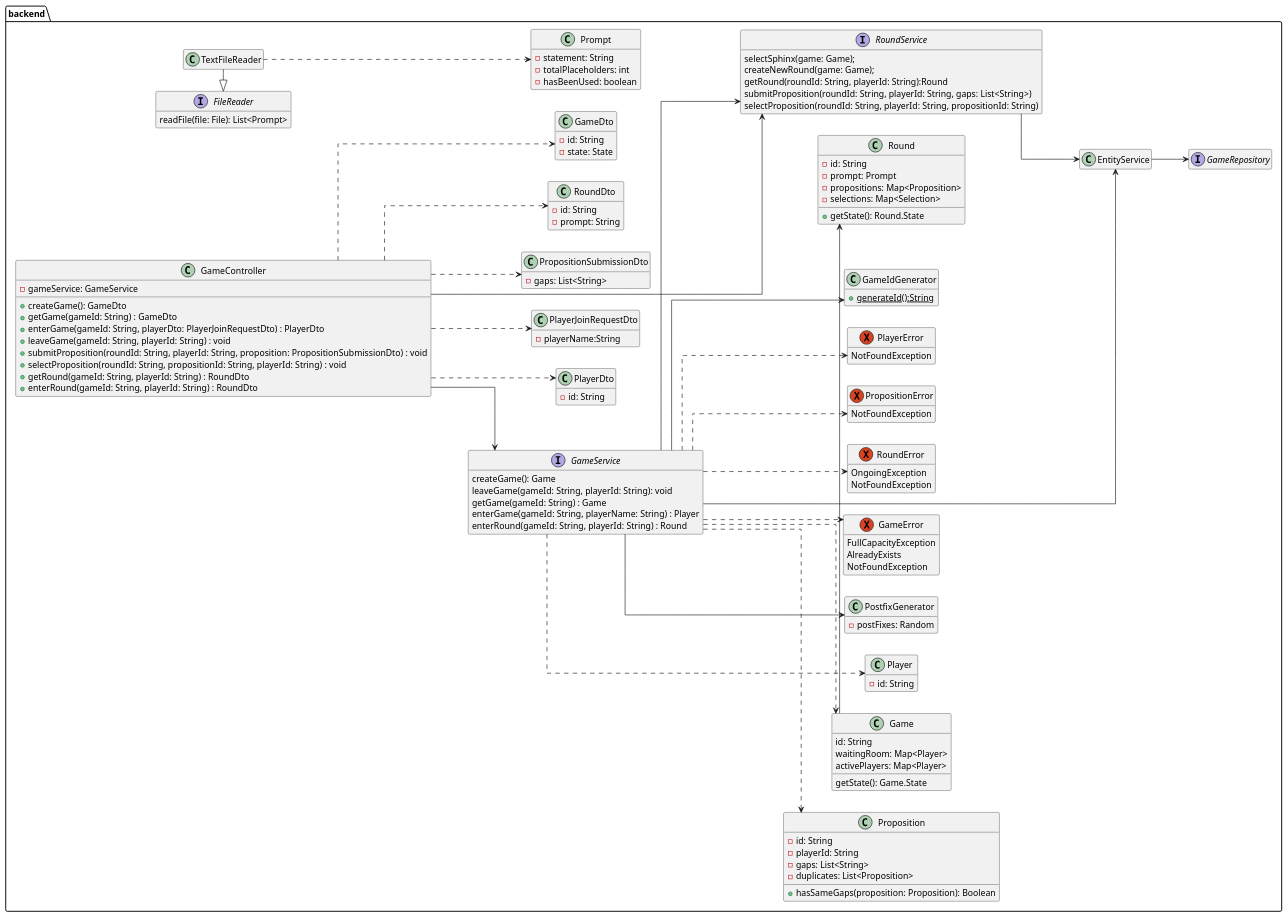
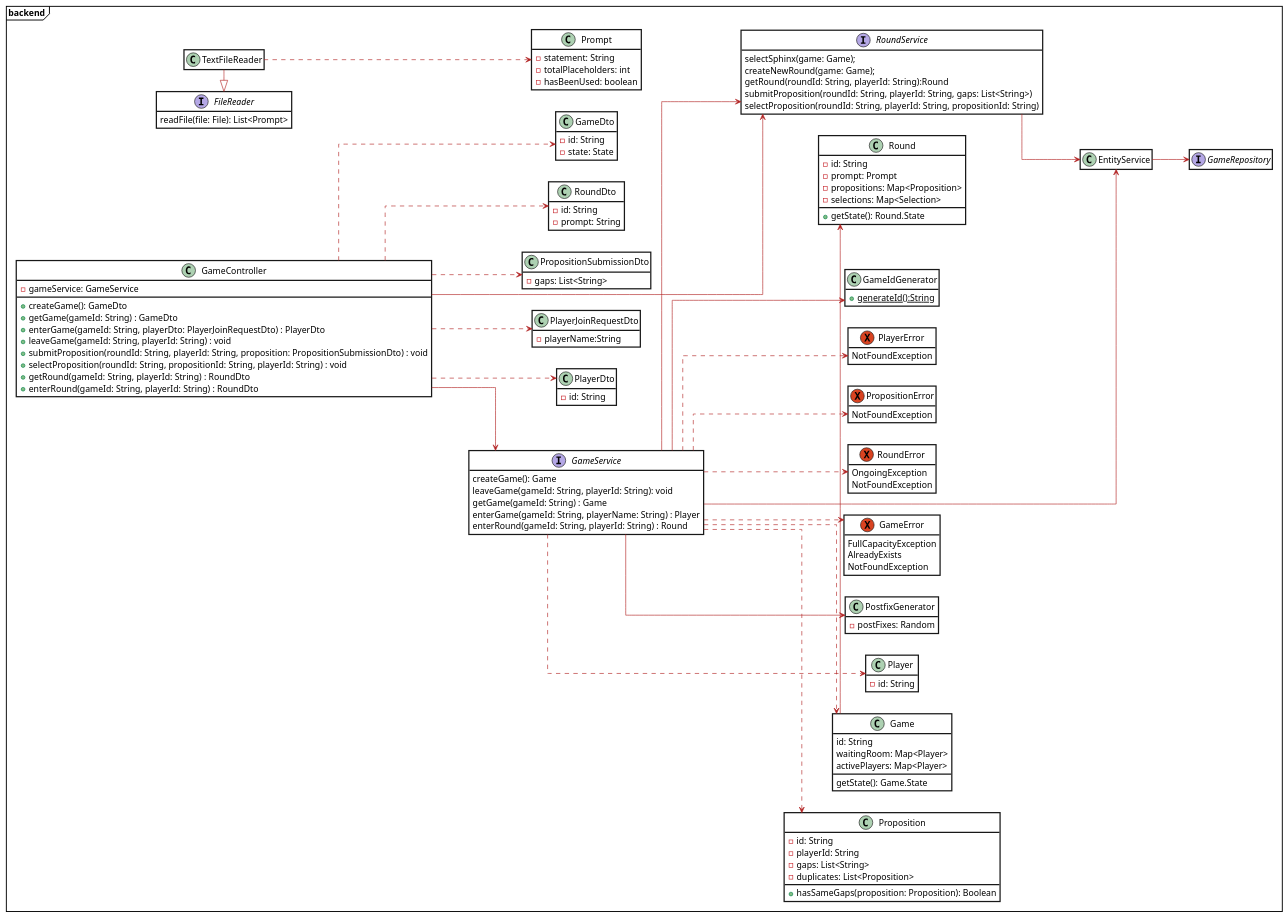
One commit to patrickwinti/worldwidewalter changed the diagram in docs/diagrams/class_diagramm.plantuml. Above: the diagram before and after it, drawn with PlantUML. The commit also changed 8 other files, not shown here.

Commit message:
[WWW-59] sequence and dcd

```diff
--- a/docs/diagrams/class_diagramm.plantuml
+++ b/docs/diagrams/class_diagramm.plantuml
@@ -1,136 +1,145 @@
 @startuml
+skinparam class {
+    BackgroundColor white
+    ArrowColor Firebrick
+    BorderThickness 2
+}
+skinparam roundcorner 0
+skinparam packagestyle Frame
+hide empty members
+
 package backend{
     left to right direction
     skinparam linetype ortho
 
     hide empty members
     class GameController {
         -gameService: GameService
         +createGame(): GameDto
         +getGame(gameId: String) : GameDto
         +enterGame(gameId: String, playerDto: PlayerJoinRequestDto) : PlayerDto
         +leaveGame(gameId: String, playerId: String) : void
         +submitProposition(roundId: String, playerId: String, proposition: PropositionSubmissionDto) : void
         +selectProposition(roundId: String, propositionId: String, playerId: String) : void
         +getRound(gameId: String, playerId: String) : RoundDto
         +enterRound(gameId: String, playerId: String) : RoundDto
     }
     class GameDto {
         -id: String
         -state: State
     }
     class Game {
         id: String
         waitingRoom: Map<Player>
         activePlayers: Map<Player>
         getState(): Game.State
     }
     class Prompt{
         -statement: String
         -totalPlaceholders: int
         -hasBeenUsed: boolean
     }
 
     class Proposition{
           -id: String
           -playerId: String
           -gaps: List<String>
           -duplicates: List<Proposition>
           +hasSameGaps(proposition: Proposition): Boolean
     }
 
     interface GameService{
        createGame(): Game
        leaveGame(gameId: String, playerId: String): void
        getGame(gameId: String) : Game
        enterGame(gameId: String, playerName: String) : Player
        enterRound(gameId: String, playerId: String) : Round
     }
     interface RoundService{
         selectSphinx(game: Game);
         createNewRound(game: Game);
         getRound(roundId: String, playerId: String):Round
         submitProposition(roundId: String, playerId: String, gaps: List<String>)
         selectProposition(roundId: String, playerId: String, propositionId: String)
     }
     interface GameRepository
     class PlayerDto {
         -id: String
     }
     class PlayerJoinRequestDto {
         -playerName:String
     }
     class PropositionSubmissionDto {
         -gaps: List<String>
     }
     class RoundDto {
         -id: String
         -prompt: String
     }
     class Player {
         -id: String
     }
     class Round {
         -id: String
         -prompt: Prompt
         -propositions: Map<Proposition>
         -selections: Map<Selection>
         +getState(): Round.State
     }
     class PostfixGenerator {
         -postFixes: Random
     }
     exception GameError {
         FullCapacityException
         AlreadyExists
         NotFoundException
     }
     exception RoundError {
         OngoingException
         NotFoundException
     }
     exception PropositionError {
         NotFoundException
     }
     exception PlayerError {
         NotFoundException
     }
 
     interface FileReader{
         readFile(file: File): List<Prompt>
     }
 
     class TextFileReader
     class GameIdGenerator{
         +generateId():String{static}
     }
 
     GameController..>PlayerDto
     GameController..>PlayerJoinRequestDto
     GameController..>PropositionSubmissionDto
     GameController..>RoundDto
     GameController ..> GameDto
     GameController --> RoundService
     GameController --> GameService
 
     GameService ..> Game
     GameService ..> Player
     GameService ..> GameError
     GameService ..> RoundError
     GameService ..> PlayerError
     GameService ..> PropositionError
     GameService --> EntityService
     GameService ..> Proposition
     GameService --> PostfixGenerator
     GameService --> GameIdGenerator
     GameService --> RoundService
 
     EntityService --> GameRepository
 
     RoundService --> EntityService
 
     TextFileReader ..> Prompt
     FileReader<|-TextFileReader
 
     Game -> Round
 @enduml
```
